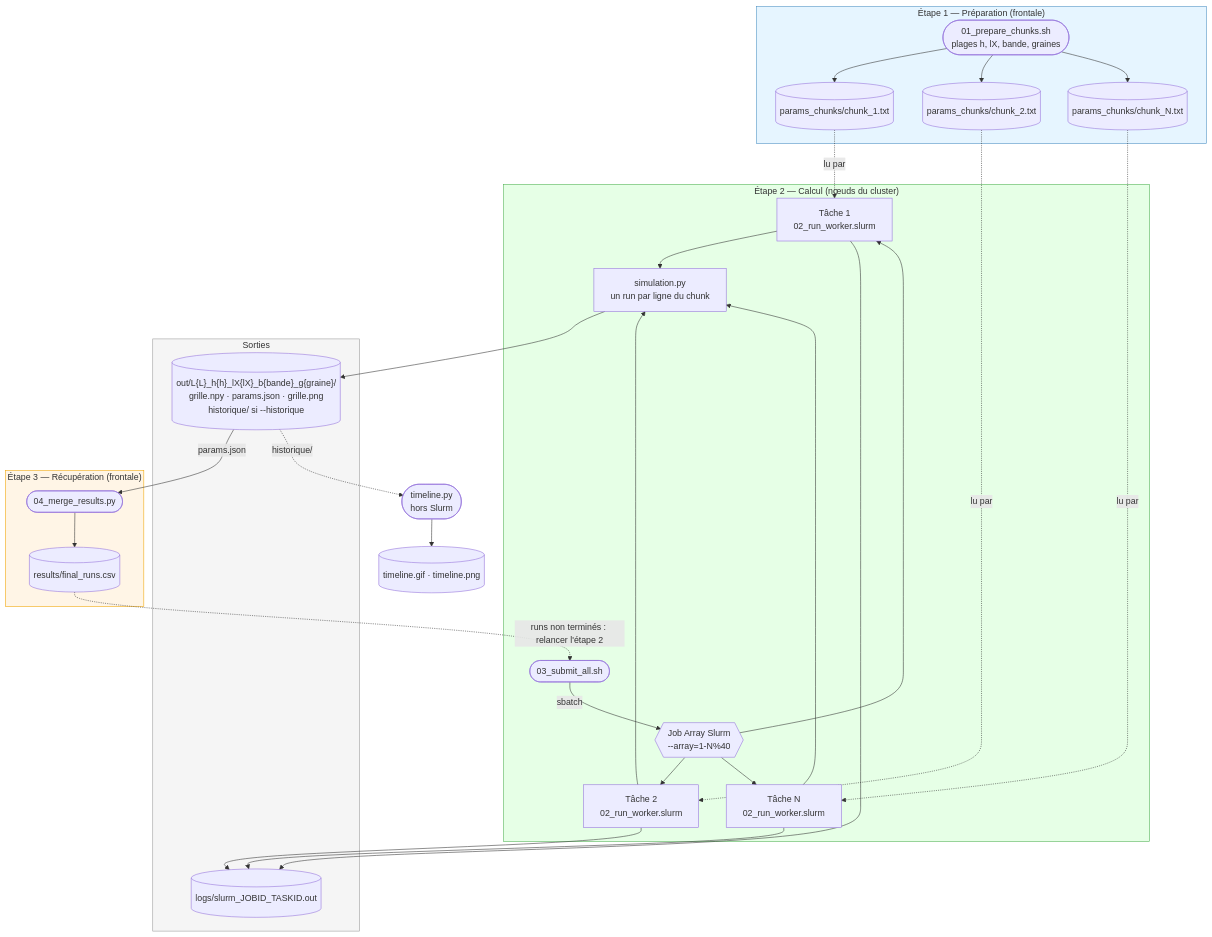
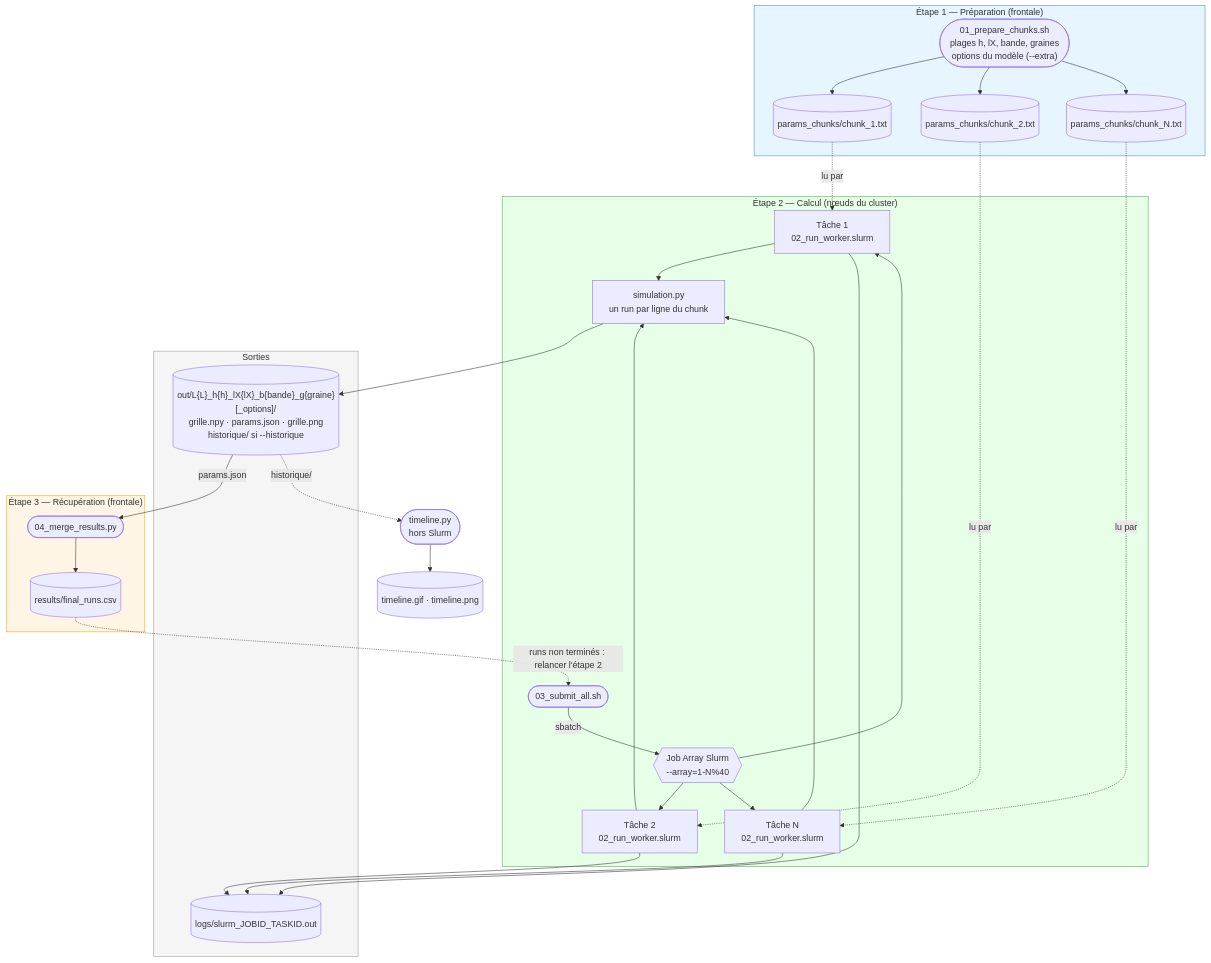
Before and after one commit to Spc-Marcus/BIO-DYN-projet: the first of 4 diagrams in slurm_pipeline/doc/architecture.md, drawn with Mermaid. The commit also changed other lines of this file and 8 other files, not shown here.

First line of the commit message:
Pass model options through the Slurm pipeline and timeline

````diff
--- a/slurm_pipeline/doc/architecture.md
+++ b/slurm_pipeline/doc/architecture.md
@@ -7,48 +7,48 @@
 ```mermaid
 graph TD
     subgraph Etape1["Étape 1 — Préparation (frontale)"]
-        P1(["01_prepare_chunks.sh<br/>plages h, lX, bande, graines"])
+        P1(["01_prepare_chunks.sh<br/>plages h, lX, bande, graines<br/>options du modèle (--extra)"])
         C1[("params_chunks/chunk_1.txt")]
         C2[("params_chunks/chunk_2.txt")]
         CN[("params_chunks/chunk_N.txt")]
         P1 --> C1 & C2 & CN
     end
 
     subgraph Etape2["Étape 2 — Calcul (nœuds du cluster)"]
         S(["03_submit_all.sh"])
         JA{{"Job Array Slurm<br/>--array=1-N%40"}}
         W1["Tâche 1<br/>02_run_worker.slurm"]
         W2["Tâche 2<br/>02_run_worker.slurm"]
         WN["Tâche N<br/>02_run_worker.slurm"]
         SIM["simulation.py<br/>un run par ligne du chunk"]
         S -->|"sbatch"| JA
         JA --> W1 & W2 & WN
         W1 & W2 & WN --> SIM
     end
 
     subgraph Sorties["Sorties"]
-        OUT[("out/L{L}_h{h}_lX{lX}_b{bande}_g{graine}/<br/>grille.npy · params.json · grille.png<br/>historique/ si --historique")]
+        OUT[("out/L{L}_h{h}_lX{lX}_b{bande}_g{graine}[_options]/<br/>grille.npy · params.json · grille.png<br/>historique/ si --historique")]
         LOGS[("logs/slurm_JOBID_TASKID.out")]
     end
 
     subgraph Etape3["Étape 3 — Récupération (frontale)"]
         M(["04_merge_results.py"])
         CSV[("results/final_runs.csv")]
         M --> CSV
     end
 
     C1 -.->|"lu par"| W1
     C2 -.->|"lu par"| W2
     CN -.->|"lu par"| WN
     SIM --> OUT
     W1 & W2 & WN --> LOGS
     OUT -->|"params.json"| M
     CSV -.->|"runs non terminés : relancer l'étape 2"| S
     OUT -.->|"historique/"| TL(["timeline.py<br/>hors Slurm"])
     TL --> GIF[("timeline.gif · timeline.png")]
 
     style Etape1 fill:#e6f5ff,stroke:#4a90c2
     style Etape2 fill:#e6ffe6,stroke:#4caf50
     style Etape3 fill:#fff5e6,stroke:#f0a500
     style Sorties fill:#f5f5f5,stroke:#999
 ```
````
